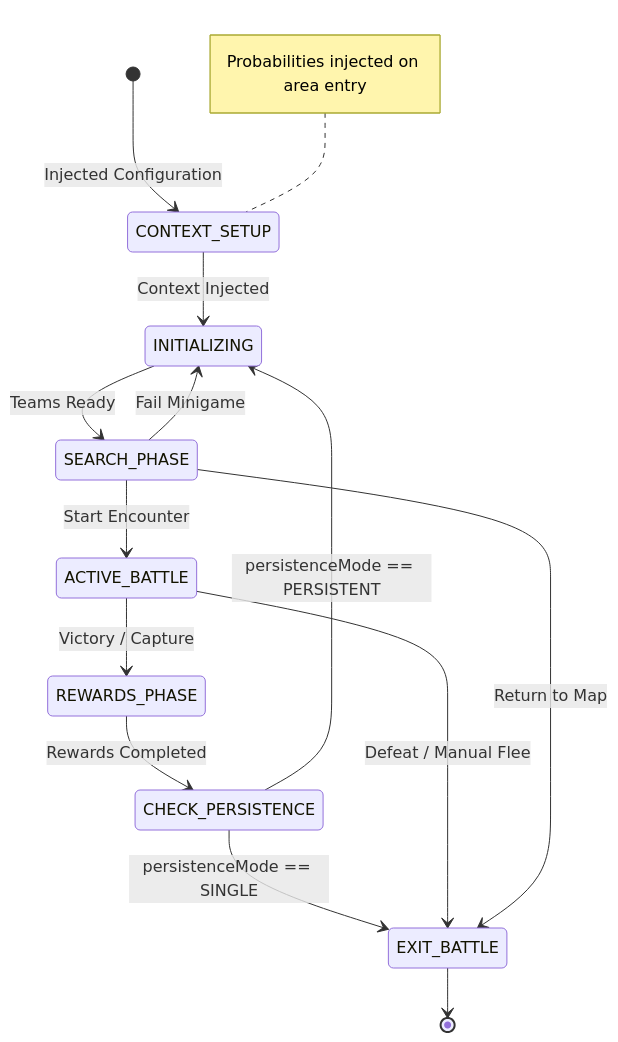
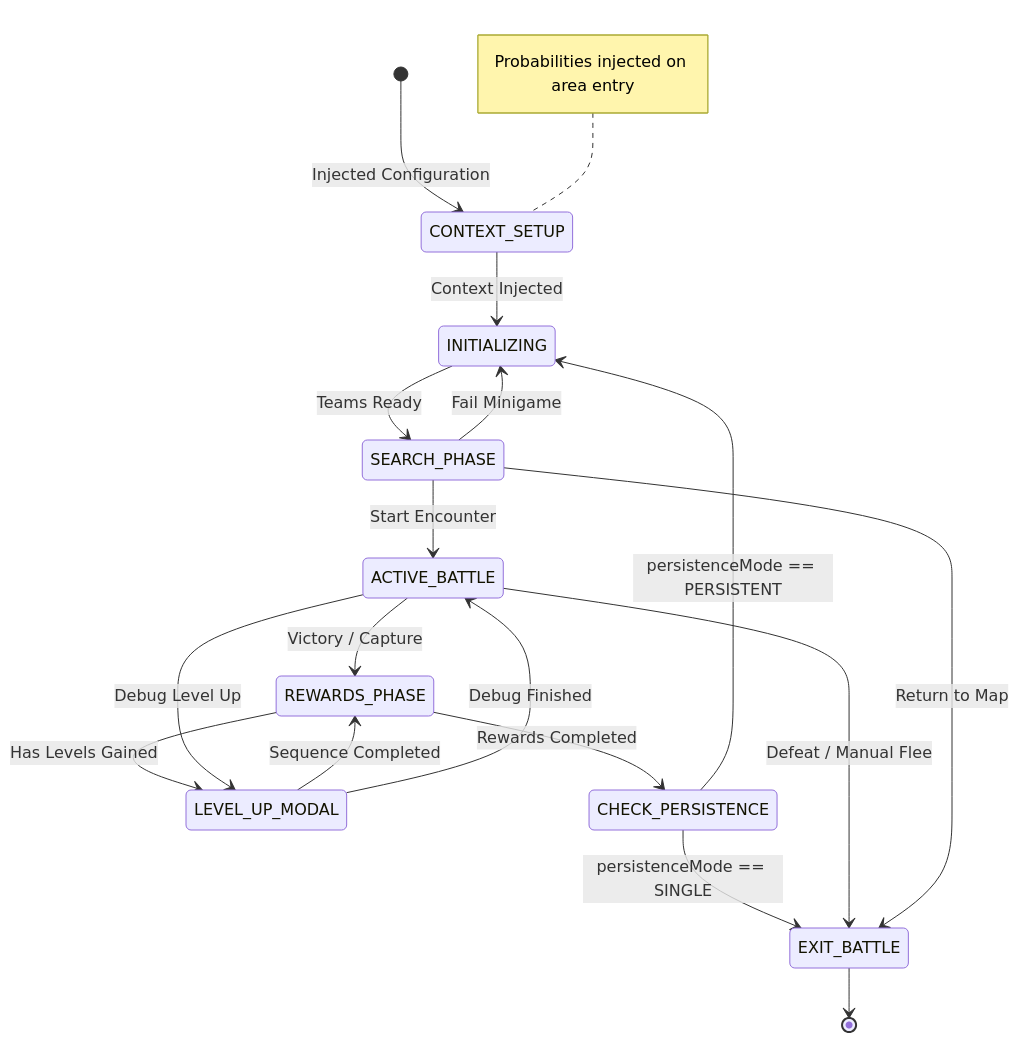
The second of 18 diagrams in .agents/skills/project-standards/references/battle/battle_mechanics_manual.md (Darkham77/PokeBorrador), drawn with Mermaid before and after one commit. The commit also changed other lines of this file and 63 other files, not shown here.

First line of the commit message:
feat(battle): optimize move tooltip layout, dynamic weather damage name resolution, and clean GSAP animation flows

````diff
--- a/.agents/skills/project-standards/references/battle/battle_mechanics_manual.md
+++ b/.agents/skills/project-standards/references/battle/battle_mechanics_manual.md
@@ -414,24 +414,29 @@
 ```mermaid
 stateDiagram-v2
     [*] --> CONTEXT_SETUP : Injected Configuration
     CONTEXT_SETUP --> INITIALIZING : Context Injected
     
     INITIALIZING --> SEARCH_PHASE : Teams Ready
+    
+    REWARDS_PHASE --> LEVEL_UP_MODAL : Has Levels Gained
+    LEVEL_UP_MODAL --> REWARDS_PHASE : Sequence Completed
     
     REWARDS_PHASE --> CHECK_PERSISTENCE : Rewards Completed
     
     state CHECK_PERSISTENCE <<choice>>
     CHECK_PERSISTENCE --> INITIALIZING : persistenceMode == PERSISTENT
     CHECK_PERSISTENCE --> EXIT_BATTLE : persistenceMode == SINGLE
     
     ACTIVE_BATTLE --> EXIT_BATTLE : Defeat / Manual Flee
     ACTIVE_BATTLE --> REWARDS_PHASE : Victory / Capture
+    ACTIVE_BATTLE --> LEVEL_UP_MODAL : Debug Level Up
+    LEVEL_UP_MODAL --> ACTIVE_BATTLE : Debug Finished
     
     SEARCH_PHASE --> ACTIVE_BATTLE : Start Encounter
     SEARCH_PHASE --> EXIT_BATTLE : Return to Map
     SEARCH_PHASE --> INITIALIZING : Fail Minigame
     
     EXIT_BATTLE --> [*]
     
     note left of CONTEXT_SETUP: Probabilities injected on area entry
 ```
````
